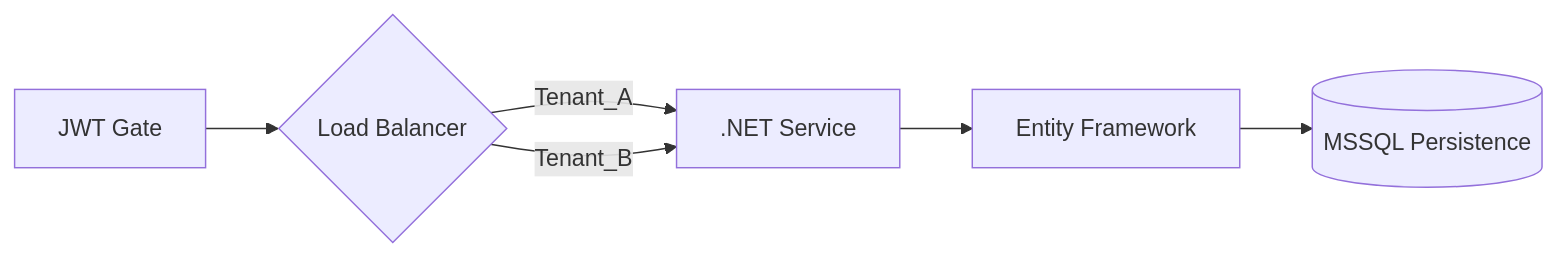
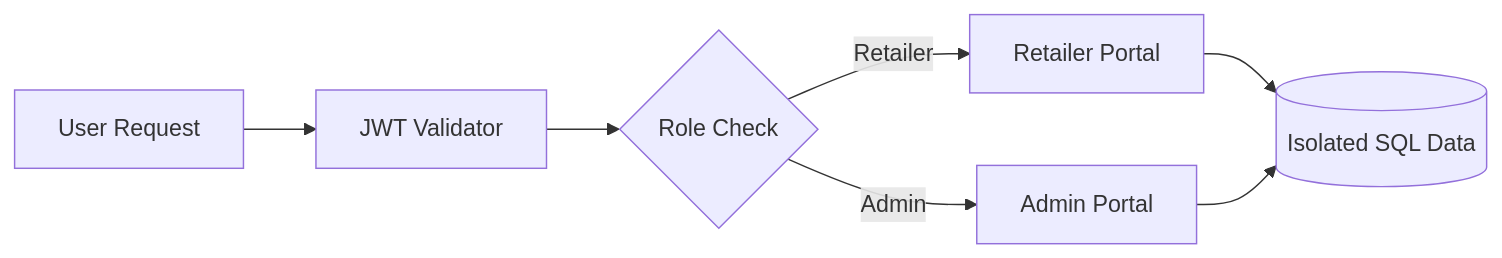
Before and after one commit to hareeshkar/hareeshkar: the third of 4 diagrams in README.md, drawn with Mermaid. The commit also changed other lines of this file, not shown here.

````diff
--- a/README.md
+++ b/README.md
@@ -241,8 +271,9 @@
 ```mermaid
 graph LR
-    Auth[JWT Gate] --> Router{Load Balancer}
-    Router -- Tenant_A --> API1[.NET Service]
-    Router -- Tenant_B --> API1
-    API1 --> EF[Entity Framework]
-    EF --> DB[(MSSQL Persistence)]
+    U[User Request] --> J[JWT Validator]
+    J --> R{Role Check}
+    R -- Retailer --> P1[Retailer Portal]
+    R -- Admin --> P2[Admin Portal]
+    P1 --> DB[(Isolated SQL Data)]
+    P2 --> DB
 ```
````
